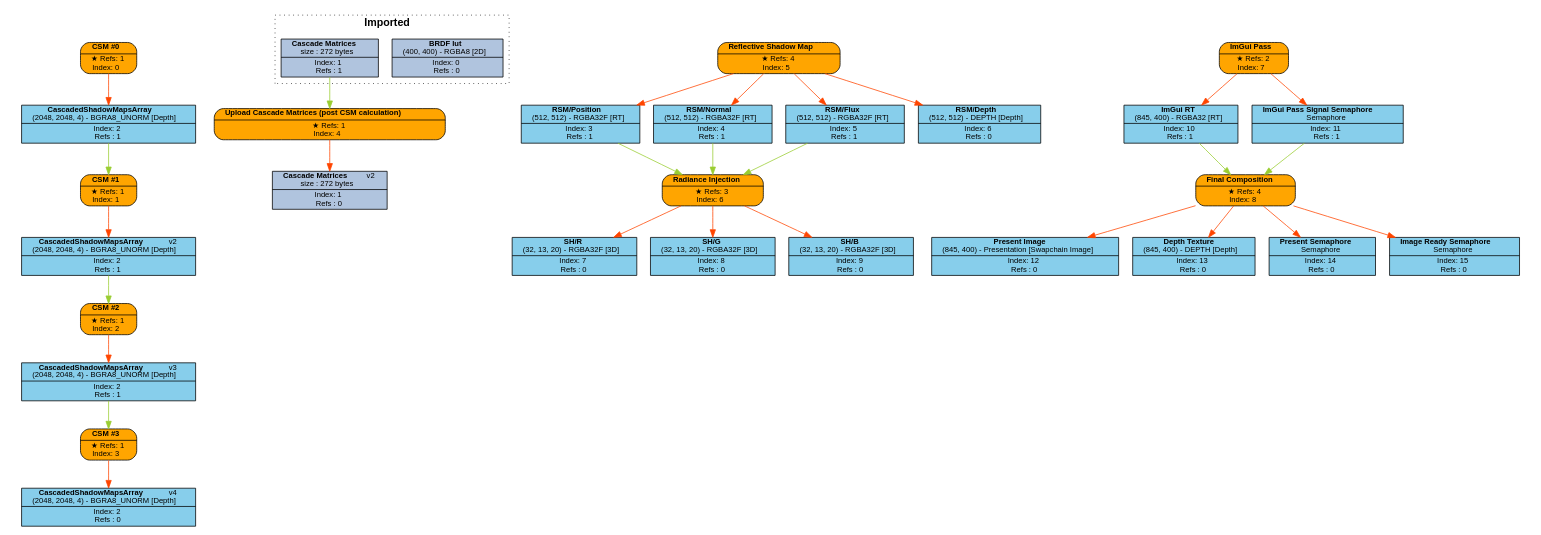
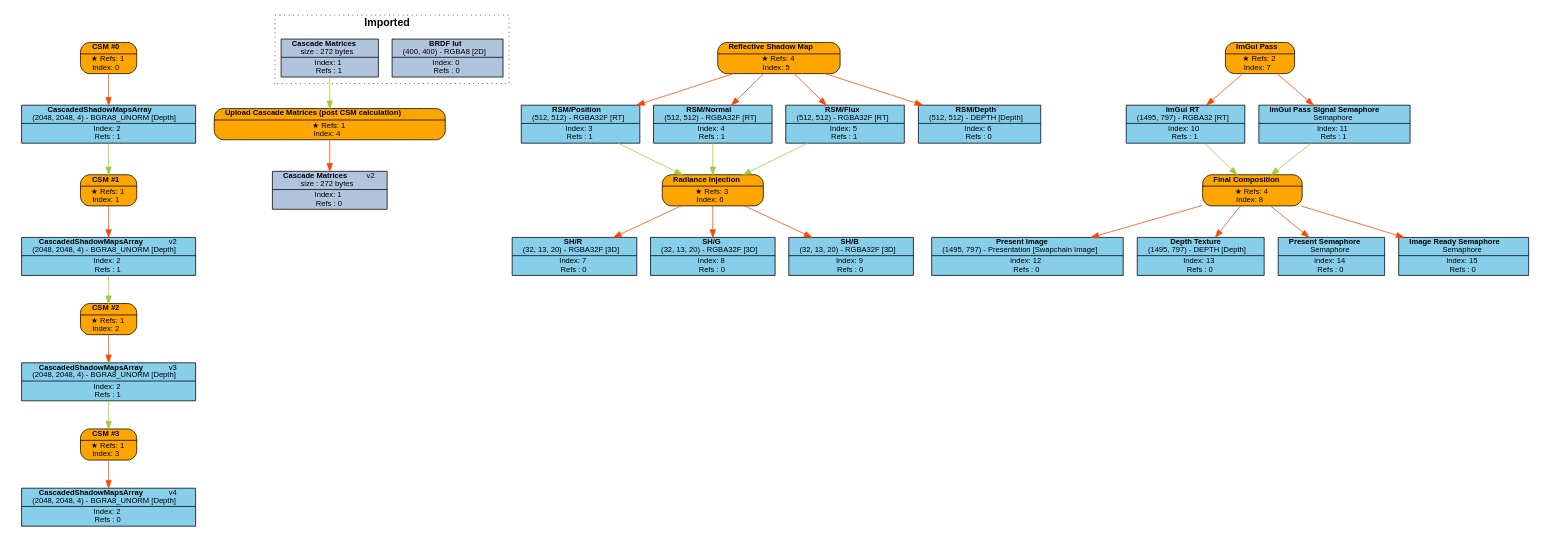
Before and after one commit to Pikachuxxxx/Razix: the diagram in Engine/content/FrameGraphs/frame_graph_test.dot, drawn with Graphviz. The commit also changed 4 other files, not shown here.

```diff
--- a/Engine/content/FrameGraphs/frame_graph_test.dot
+++ b/Engine/content/FrameGraphs/frame_graph_test.dot
@@ -1,100 +1,100 @@
 digraph FrameGraph {
 graph [style=invis, rankdir="TB" ordering=out, splines=spline]
 node [shape=record, fontname="helvetica", fontsize=10, margin="0.2,0.03"]
 
 P0 [label=<{ {<B>CSM #0</B>} | {&#x2605; Refs: 1<BR/> Index: 0} }> style="rounded,filled", fillcolor=orange]
 P1 [label=<{ {<B>CSM #1</B>} | {&#x2605; Refs: 1<BR/> Index: 1} }> style="rounded,filled", fillcolor=orange]
 P2 [label=<{ {<B>CSM #2</B>} | {&#x2605; Refs: 1<BR/> Index: 2} }> style="rounded,filled", fillcolor=orange]
 P3 [label=<{ {<B>CSM #3</B>} | {&#x2605; Refs: 1<BR/> Index: 3} }> style="rounded,filled", fillcolor=orange]
 P4 [label=<{ {<B>Upload Cascade Matrices (post CSM calculation)</B>} | {&#x2605; Refs: 1<BR/> Index: 4} }> style="rounded,filled", fillcolor=orange]
 P5 [label=<{ {<B>Reflective Shadow Map</B>} | {&#x2605; Refs: 4<BR/> Index: 5} }> style="rounded,filled", fillcolor=orange]
 P6 [label=<{ {<B>Radiance Injection</B>} | {&#x2605; Refs: 3<BR/> Index: 6} }> style="rounded,filled", fillcolor=orange]
 P7 [label=<{ {<B>ImGui Pass</B>} | {&#x2605; Refs: 2<BR/> Index: 7} }> style="rounded,filled", fillcolor=orange]
 P8 [label=<{ {<B>Final Composition</B>} | {&#x2605; Refs: 4<BR/> Index: 8} }> style="rounded,filled", fillcolor=orange]
 
 R0_1 [label=<{ {<B>BRDF lut</B><BR/>(400, 400) - RGBA8 [2D]} | {Index: 0<BR/>Refs : 0} }> style=filled, fillcolor=lightsteelblue]
 R1_1 [label=<{ {<B>Cascade Matrices</B><BR/>size : 272 bytes} | {Index: 1<BR/>Refs : 1} }> style=filled, fillcolor=lightsteelblue]
 R2_1 [label=<{ {<B>CascadedShadowMapsArray</B><BR/>(2048, 2048, 4) - BGRA8_UNORM [Depth]} | {Index: 2<BR/>Refs : 1} }> style=filled, fillcolor=skyblue]
 R2_2 [label=<{ {<B>CascadedShadowMapsArray</B>   <FONT>v2</FONT><BR/>(2048, 2048, 4) - BGRA8_UNORM [Depth]} | {Index: 2<BR/>Refs : 1} }> style=filled, fillcolor=skyblue]
 R2_3 [label=<{ {<B>CascadedShadowMapsArray</B>   <FONT>v3</FONT><BR/>(2048, 2048, 4) - BGRA8_UNORM [Depth]} | {Index: 2<BR/>Refs : 1} }> style=filled, fillcolor=skyblue]
 R2_4 [label=<{ {<B>CascadedShadowMapsArray</B>   <FONT>v4</FONT><BR/>(2048, 2048, 4) - BGRA8_UNORM [Depth]} | {Index: 2<BR/>Refs : 0} }> style=filled, fillcolor=skyblue]
 R1_2 [label=<{ {<B>Cascade Matrices</B>   <FONT>v2</FONT><BR/>size : 272 bytes} | {Index: 1<BR/>Refs : 0} }> style=filled, fillcolor=lightsteelblue]
 R3_1 [label=<{ {<B>RSM/Position</B><BR/>(512, 512) - RGBA32F [RT]} | {Index: 3<BR/>Refs : 1} }> style=filled, fillcolor=skyblue]
 R4_1 [label=<{ {<B>RSM/Normal</B><BR/>(512, 512) - RGBA32F [RT]} | {Index: 4<BR/>Refs : 1} }> style=filled, fillcolor=skyblue]
 R5_1 [label=<{ {<B>RSM/Flux</B><BR/>(512, 512) - RGBA32F [RT]} | {Index: 5<BR/>Refs : 1} }> style=filled, fillcolor=skyblue]
 R6_1 [label=<{ {<B>RSM/Depth</B><BR/>(512, 512) - DEPTH [Depth]} | {Index: 6<BR/>Refs : 0} }> style=filled, fillcolor=skyblue]
 R7_1 [label=<{ {<B>SH/R</B><BR/>(32, 13, 20) - RGBA32F [3D]} | {Index: 7<BR/>Refs : 0} }> style=filled, fillcolor=skyblue]
 R8_1 [label=<{ {<B>SH/G</B><BR/>(32, 13, 20) - RGBA32F [3D]} | {Index: 8<BR/>Refs : 0} }> style=filled, fillcolor=skyblue]
 R9_1 [label=<{ {<B>SH/B</B><BR/>(32, 13, 20) - RGBA32F [3D]} | {Index: 9<BR/>Refs : 0} }> style=filled, fillcolor=skyblue]
-R10_1 [label=<{ {<B>ImGui RT</B><BR/>(845, 400) - RGBA32 [RT]} | {Index: 10<BR/>Refs : 1} }> style=filled, fillcolor=skyblue]
+R10_1 [label=<{ {<B>ImGui RT</B><BR/>(1495, 797) - RGBA32 [RT]} | {Index: 10<BR/>Refs : 1} }> style=filled, fillcolor=skyblue]
 R11_1 [label=<{ {<B>ImGui Pass Signal Semaphore</B><BR/>Semaphore} | {Index: 11<BR/>Refs : 1} }> style=filled, fillcolor=skyblue]
-R12_1 [label=<{ {<B>Present Image</B><BR/>(845, 400) - Presentation [Swapchain Image]} | {Index: 12<BR/>Refs : 0} }> style=filled, fillcolor=skyblue]
-R13_1 [label=<{ {<B>Depth Texture</B><BR/>(845, 400) - DEPTH [Depth]} | {Index: 13<BR/>Refs : 0} }> style=filled, fillcolor=skyblue]
+R12_1 [label=<{ {<B>Present Image</B><BR/>(1495, 797) - Presentation [Swapchain Image]} | {Index: 12<BR/>Refs : 0} }> style=filled, fillcolor=skyblue]
+R13_1 [label=<{ {<B>Depth Texture</B><BR/>(1495, 797) - DEPTH [Depth]} | {Index: 13<BR/>Refs : 0} }> style=filled, fillcolor=skyblue]
 R14_1 [label=<{ {<B>Present Semaphore</B><BR/>Semaphore} | {Index: 14<BR/>Refs : 0} }> style=filled, fillcolor=skyblue]
 R15_1 [label=<{ {<B>Image Ready Semaphore</B><BR/>Semaphore} | {Index: 15<BR/>Refs : 0} }> style=filled, fillcolor=skyblue]
 
 P0 -> { R2_1 } [color=orangered]
 P1 -> { R2_2 } [color=orangered]
 P2 -> { R2_3 } [color=orangered]
 P3 -> { R2_4 } [color=orangered]
 P4 -> { R1_2 } [color=orangered]
 P5 -> { R3_1 R4_1 R5_1 R6_1 } [color=orangered]
 P6 -> { R7_1 R8_1 R9_1 } [color=orangered]
 P7 -> { R10_1 R11_1 } [color=orangered]
 P8 -> { R12_1 R13_1 R14_1 R15_1 } [color=orangered]
 
 R0_1 -> { } [color=olivedrab3]
 R1_1 -> { P4 } [color=olivedrab3]
 R2_1 -> { P1 } [color=olivedrab3]
 R2_2 -> { P2 } [color=olivedrab3]
 R2_3 -> { P3 } [color=olivedrab3]
 R2_4 -> { } [color=olivedrab3]
 R1_2 -> { } [color=olivedrab3]
 R3_1 -> { P6 } [color=olivedrab3]
 R4_1 -> { P6 } [color=olivedrab3]
 R5_1 -> { P6 } [color=olivedrab3]
 R6_1 -> { } [color=olivedrab3]
 R7_1 -> { } [color=olivedrab3]
 R8_1 -> { } [color=olivedrab3]
 R9_1 -> { } [color=olivedrab3]
 R10_1 -> { P8 } [color=olivedrab3]
 R11_1 -> { P8 } [color=olivedrab3]
 R12_1 -> { } [color=olivedrab3]
 R13_1 -> { } [color=olivedrab3]
 R14_1 -> { } [color=olivedrab3]
 R15_1 -> { } [color=olivedrab3]
 
 subgraph cluster_0 {
 P0 R2_1 
 }
 subgraph cluster_1 {
 P1 
 }
 subgraph cluster_2 {
 P2 
 }
 subgraph cluster_3 {
 P3 
 }
 subgraph cluster_4 {
 P4 
 }
 subgraph cluster_5 {
 P5 R3_1 R4_1 R5_1 R6_1 
 }
 subgraph cluster_6 {
 P6 R7_1 R8_1 R9_1 
 }
 subgraph cluster_7 {
 P7 R10_1 R11_1 
 }
 subgraph cluster_8 {
 P8 R12_1 R13_1 R14_1 R15_1 
 }
 
 subgraph cluster_imported_resources {
 graph [style=dotted, fontname="helvetica", label=< <B>Imported</B> >]
 R0_1 R1_1 
 }
 
 }
```
